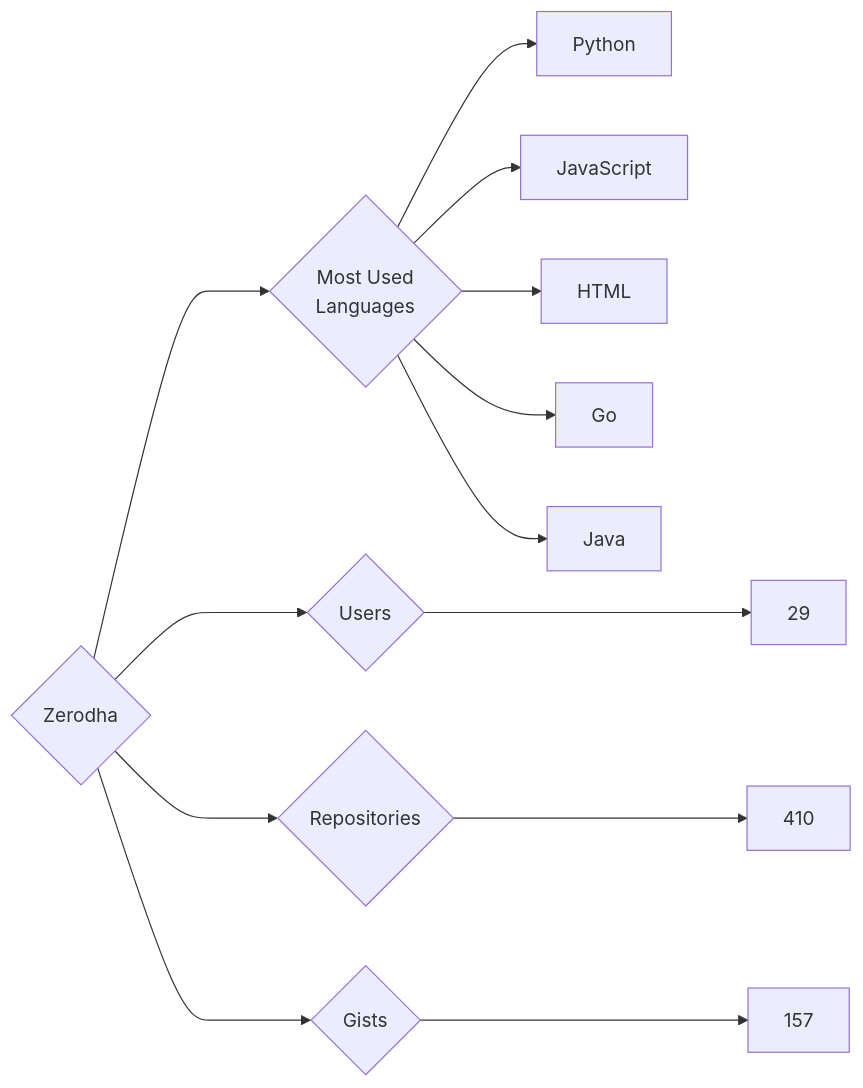
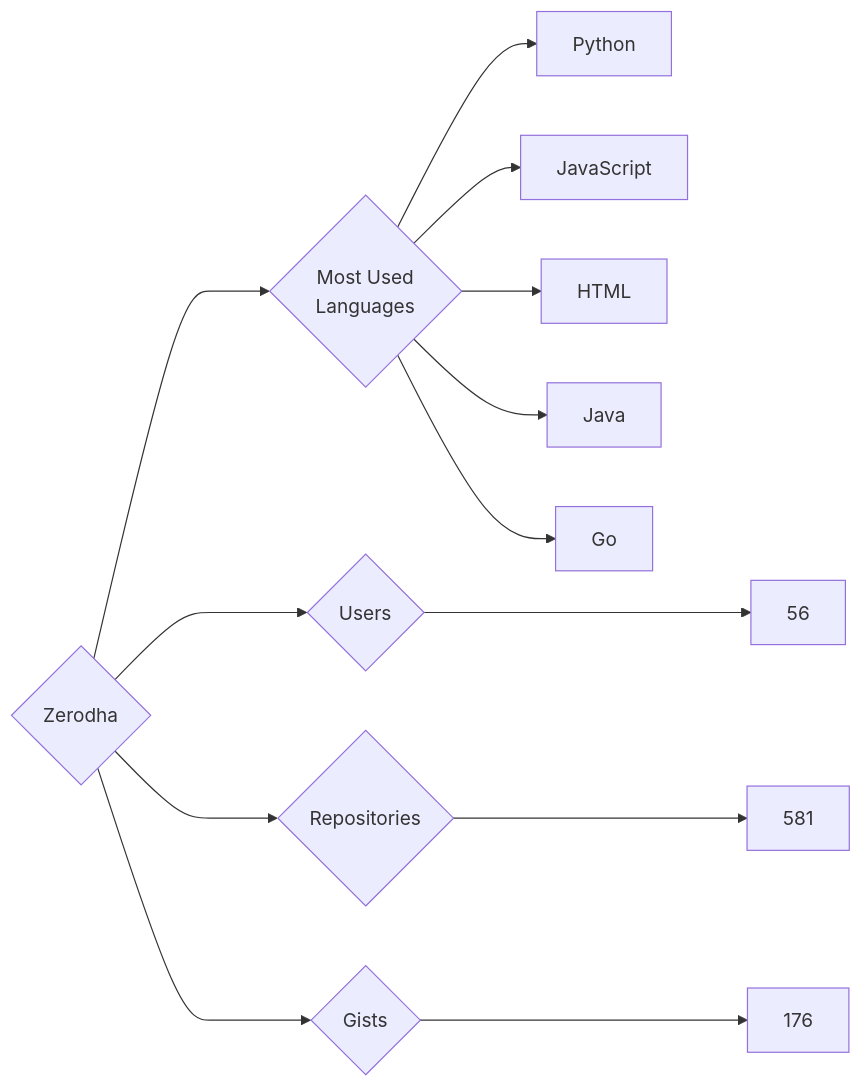
Before and after one commit to trickest/insiders: the diagram in targets/Zerodha/README.md, drawn with Mermaid. The commit also changed 886 other files, not shown here.

````diff
--- a/targets/Zerodha/README.md
+++ b/targets/Zerodha/README.md
@@ -3,13 +3,13 @@
 ```mermaid
 graph LR
 COMPANY_NAME{Zerodha}
-COMPANY_NAME ---> U{Users} ---> UN[29]
-COMPANY_NAME ---> R{Repositories} ---> RN[410]
-COMPANY_NAME ---> G{Gists} ---> GN[157]
+COMPANY_NAME ---> U{Users} ---> UN[56]
+COMPANY_NAME ---> R{Repositories} ---> RN[581]
+COMPANY_NAME ---> G{Gists} ---> GN[176]
 COMPANY_NAME ---> ML{Most Used<br>Languages}
 ML --> Python[Python]
 ML --> JavaScript[JavaScript]
 ML --> HTML[HTML]
+ML --> Java[Java]
 ML --> Go[Go]
-ML --> Java[Java]
 ```
````
